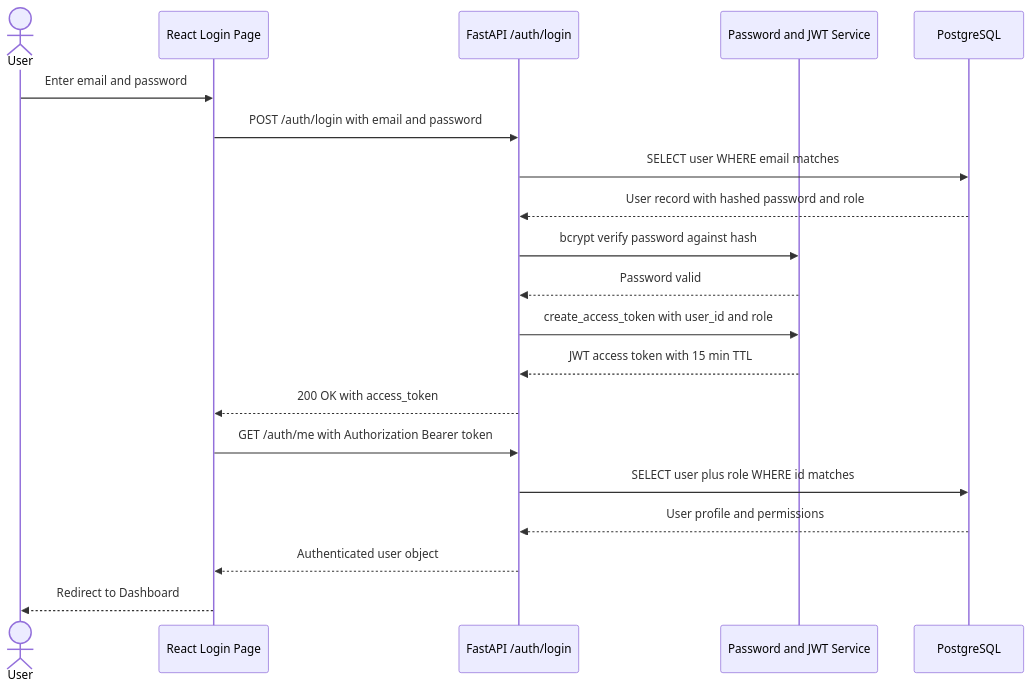
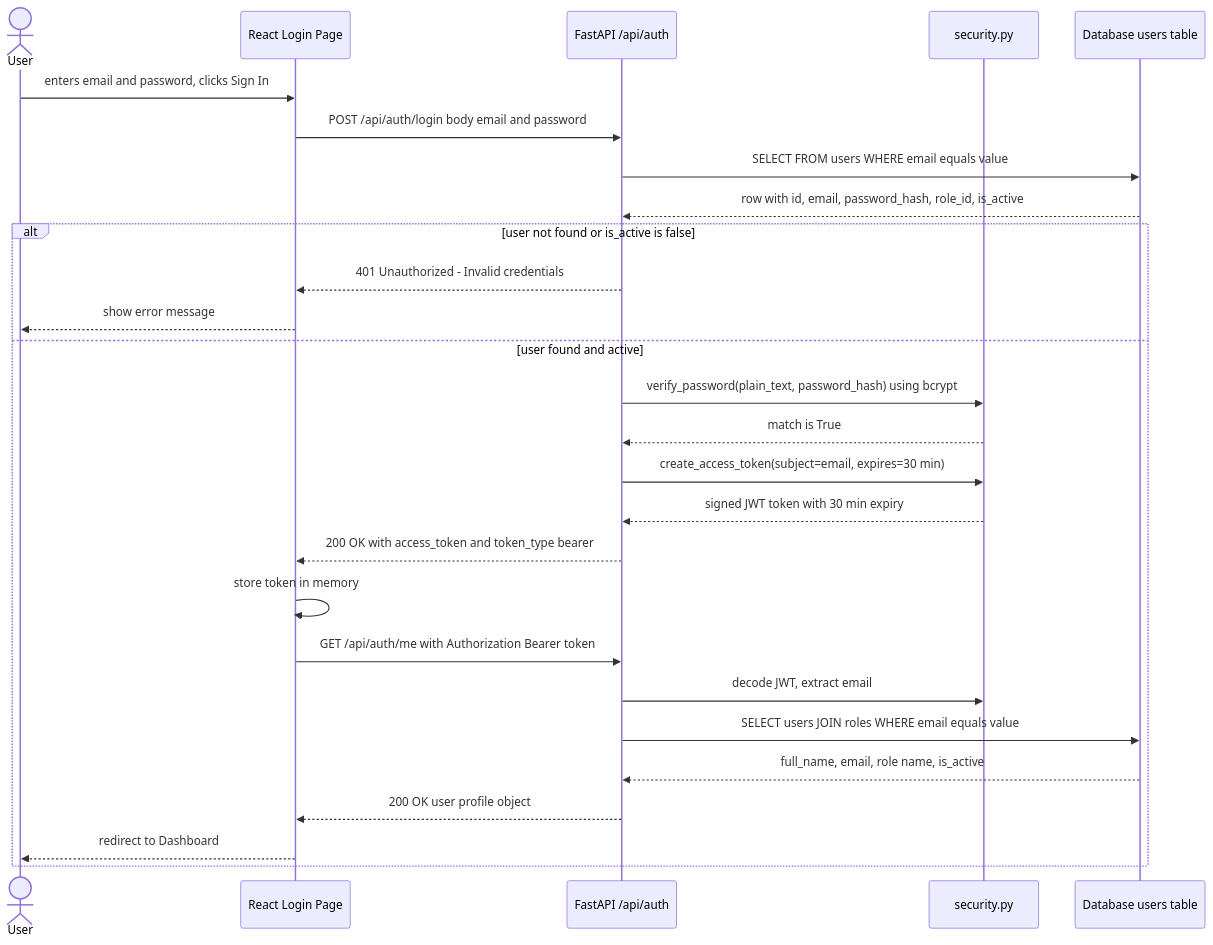
The fifth of 12 diagrams in docs/design-diagrams/ALL-DIAGRAMS.md (hyperS777/BizAI), drawn with Mermaid before and after one commit. The commit also changed other lines of this file and 22 other files, not shown here.

Commit message:
feat: add backend report service and system design diagrams

````diff
--- a/docs/design-diagrams/ALL-DIAGRAMS.md
+++ b/docs/design-diagrams/ALL-DIAGRAMS.md
@@ -164,23 +208,31 @@
 ```mermaid
 sequenceDiagram
-    actor User
-    participant UI as React Login Page
-    participant API as FastAPI /auth/login
-    participant Security as Password and JWT Service
-    participant DB as PostgreSQL
+    actor U as User
+    participant FE as React Login Page
+    participant API as FastAPI /api/auth
+    participant AUTH as security.py
+    participant DB as Database users table
 
-    User->>UI: Enter email and password
-    UI->>API: POST /auth/login with email and password
-    API->>DB: SELECT user WHERE email matches
-    DB-->>API: User record with hashed password and role
-    API->>Security: bcrypt verify password against hash
-    Security-->>API: Password valid
-    API->>Security: create_access_token with user_id and role
-    Security-->>API: JWT access token with 15 min TTL
-    API-->>UI: 200 OK with access_token
-    UI->>API: GET /auth/me with Authorization Bearer token
-    API->>DB: SELECT user plus role WHERE id matches
-    DB-->>API: User profile and permissions
-    API-->>UI: Authenticated user object
-    UI-->>User: Redirect to Dashboard
+    U->>FE: enters email and password, clicks Sign In
+    FE->>API: POST /api/auth/login  body email and password
+    API->>DB: SELECT FROM users WHERE email equals value
+    DB-->>API: row with id, email, password_hash, role_id, is_active
+
+    alt user not found or is_active is false
+        API-->>FE: 401 Unauthorized - Invalid credentials
+        FE-->>U: show error message
+    else user found and active
+        API->>AUTH: verify_password(plain_text, password_hash) using bcrypt
+        AUTH-->>API: match is True
+        API->>AUTH: create_access_token(subject=email, expires=30 min)
+        AUTH-->>API: signed JWT token with 30 min expiry
+        API-->>FE: 200 OK with access_token and token_type bearer
+        FE->>FE: store token in memory
+        FE->>API: GET /api/auth/me with Authorization Bearer token
+        API->>AUTH: decode JWT, extract email
+        API->>DB: SELECT users JOIN roles WHERE email equals value
+        DB-->>API: full_name, email, role name, is_active
+        API-->>FE: 200 OK user profile object
+        FE-->>U: redirect to Dashboard
+    end
 ```
````
